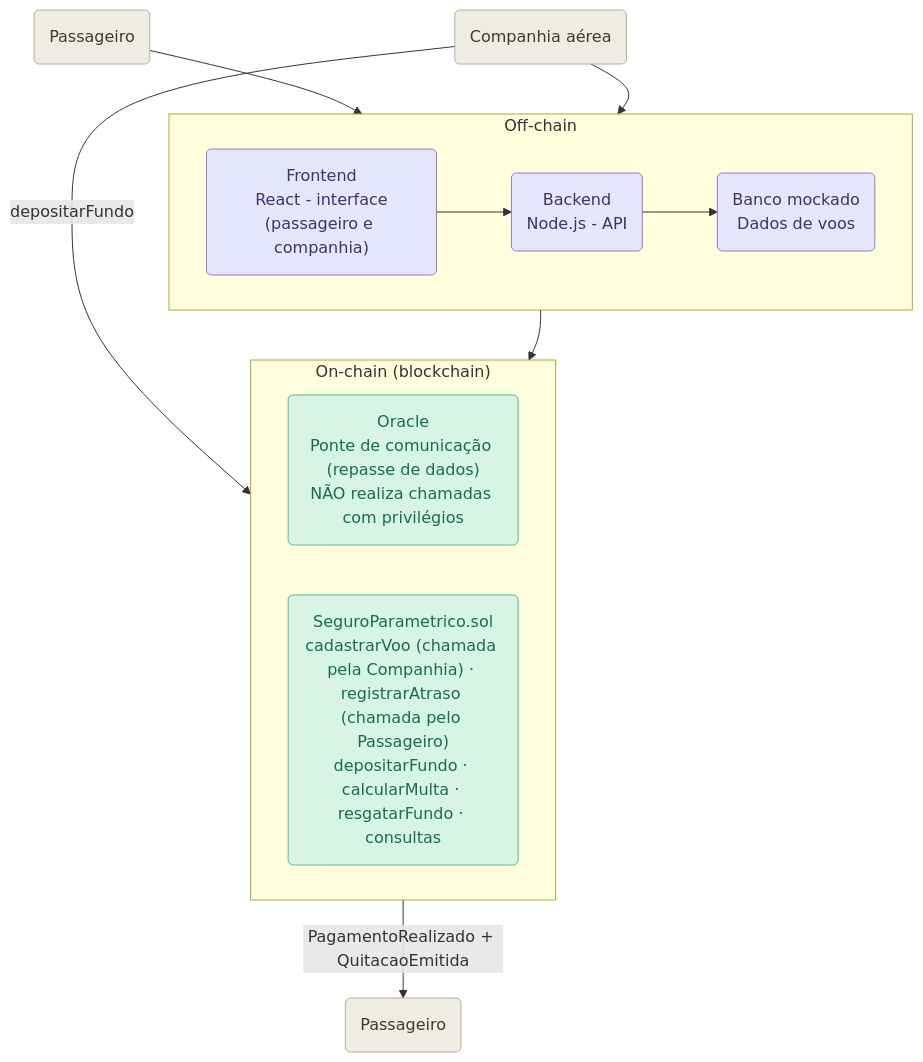
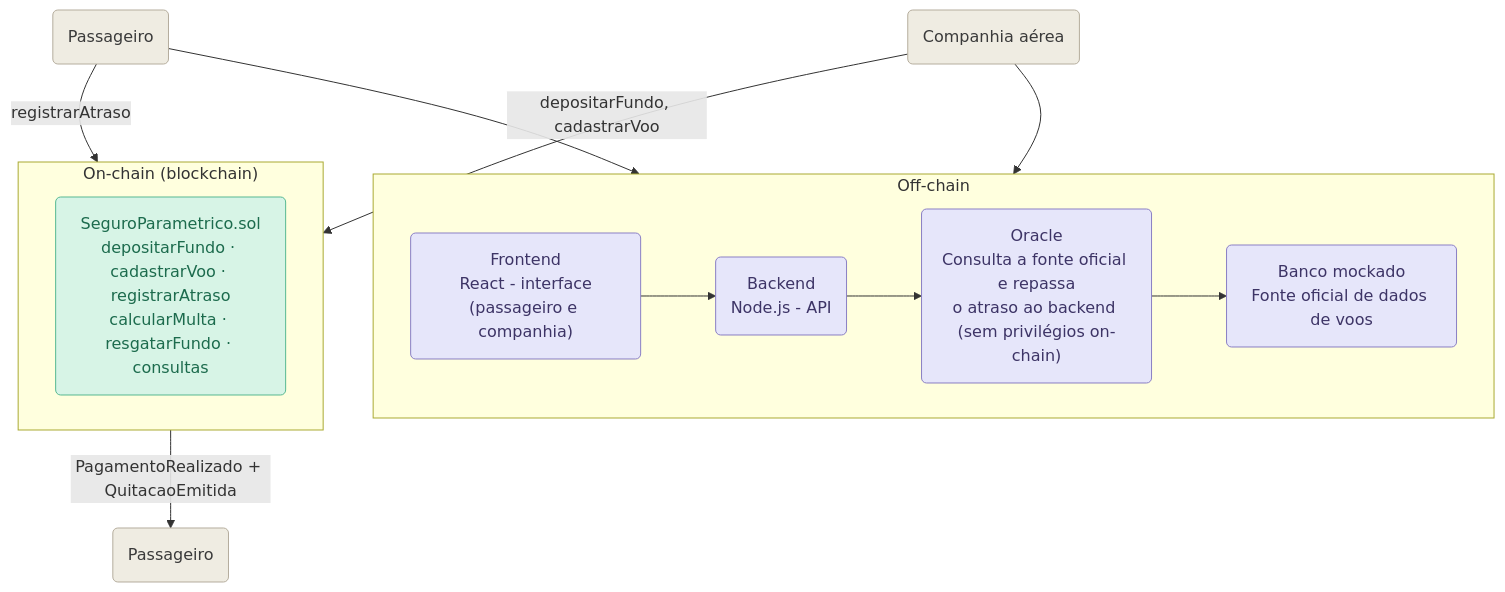
Before and after one commit to Joaogomesbrandao/AcordoInstant: the diagram in docs/diagrama-arquitetura-base.mmd, drawn with Mermaid. The commit also changed 6 other files, not shown here.

Commit message:
refactor oracle flow and decentralize on-chain interactions

```diff
--- a/docs/diagrama-arquitetura-base.mmd
+++ b/docs/diagrama-arquitetura-base.mmd
@@ -1,35 +1,36 @@
 %% Diagrama de arquitetura no estilo do arquiteturaBase.jpeg,
 %% atualizado com os componentes e funções em desenvolvimento no AcordoInstant.
 flowchart TB
     Passageiro1("Passageiro")
     Companhia("Companhia aérea")
     Passageiro2("Passageiro")
 
     subgraph OFF["Off-chain"]
         direction LR
         Frontend("Frontend<br/>React - interface<br/>(passageiro e companhia)")
         Backend("Backend<br/>Node.js - API")
-        Banco("Banco mockado<br/>Dados de voos")
-        Frontend --> Backend --> Banco
+        Oracle("Oracle<br/>Consulta a fonte oficial e repassa<br/>o atraso ao backend (sem privilégios on-chain)")
+        Banco("Banco mockado<br/>Fonte oficial de dados de voos")
+        Frontend --> Backend
+        Backend --> Oracle
+        Oracle --> Banco
     end
 
     subgraph ON["On-chain (blockchain)"]
         direction LR
-    Oracle("Oracle<br/>Ponte de comunicação (repasse de dados)<br/>NÃO realiza chamadas com privilégios")
-    Seguro("SeguroParametrico.sol<br/>cadastrarVoo (chamada pela Companhia) · registrarAtraso (chamada pelo Passageiro)<br/>depositarFundo · calcularMulta · resgatarFundo · consultas")
-    %% O oracle atua como ponte; as transações on-chain são feitas pelas contas apropriadas
+        Seguro("SeguroParametrico.sol<br/>depositarFundo · cadastrarVoo · registrarAtraso<br/>calcularMulta · resgatarFundo · consultas")
     end
 
     Passageiro1 --> Frontend
     Companhia --> Frontend
-    Backend --> Oracle
-    Companhia -->|depositarFundo| Seguro
+    Companhia -->|depositarFundo, cadastrarVoo| Seguro
+    Passageiro1 -->|registrarAtraso| Seguro
     Seguro -->|PagamentoRealizado + QuitacaoEmitida| Passageiro2
 
     classDef offchain fill:#e6e6fa,stroke:#8a7fc4,color:#3d3466;
     classDef onchain fill:#d7f4e6,stroke:#57b892,color:#1c6b4d;
     classDef atores fill:#efece2,stroke:#b5ad9d,color:#3a3a3a;
 
-    class Frontend,Backend,Banco offchain;
-    class Oracle,Seguro onchain;
+    class Frontend,Backend,Oracle,Banco offchain;
+    class Seguro onchain;
     class Passageiro1,Passageiro2,Companhia atores;
```
